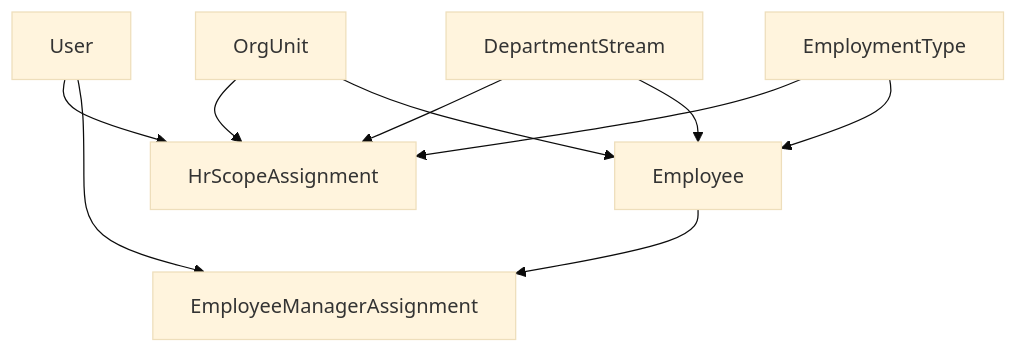
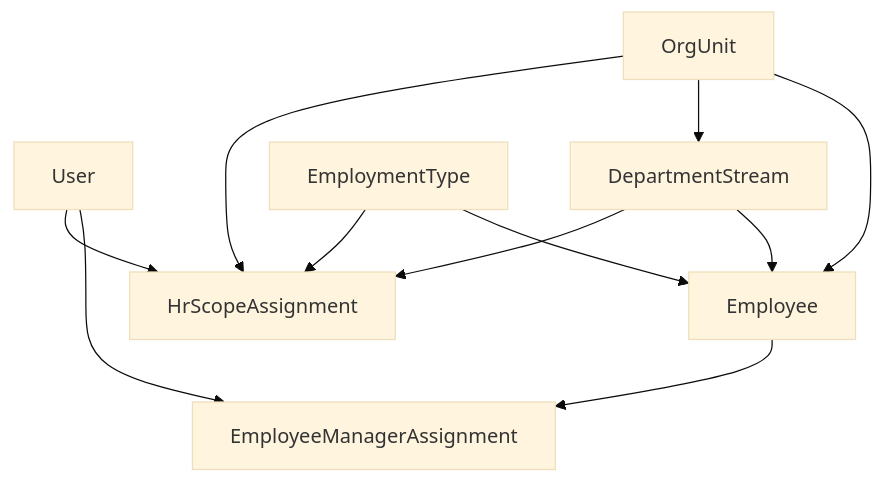
One commit to jjm-devs/JJM-HRMS changed the second of 14 diagrams in docs/MODEL_MAP.md. Above: the diagram before and after it, drawn with Mermaid (base theme). The commit also changed other lines of this file and 36 other files, not shown here.

````diff
--- a/docs/MODEL_MAP.md
+++ b/docs/MODEL_MAP.md
@@ -70,20 +70,21 @@
 ```mermaid
 graph TD
     User["User"]
     OrgUnit["OrgUnit"]
     DepartmentStream["DepartmentStream"]
     EmploymentType["EmploymentType"]
     HrScopeAssignment["HrScopeAssignment"]
     EmployeeManagerAssignment["EmployeeManagerAssignment"]
     Employee["Employee"]
 
     User --> HrScopeAssignment
     OrgUnit --> HrScopeAssignment
     DepartmentStream --> HrScopeAssignment
+    OrgUnit --> DepartmentStream
     EmploymentType --> HrScopeAssignment
     User --> EmployeeManagerAssignment
     Employee --> EmployeeManagerAssignment
     OrgUnit --> Employee
     DepartmentStream --> Employee
     EmploymentType --> Employee
 ```
````
